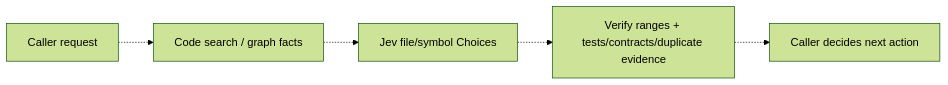
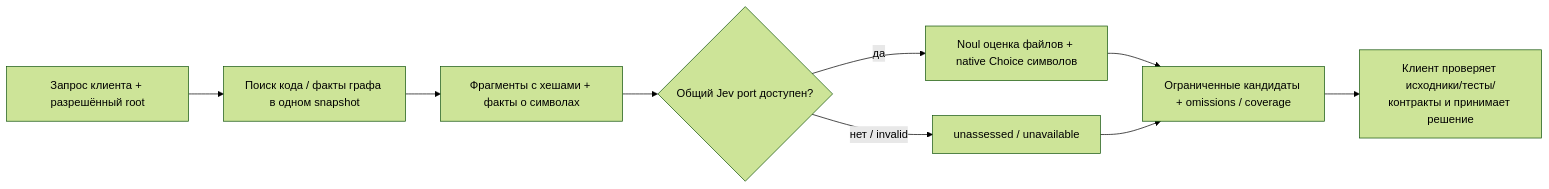
One commit to zoomplus/zorya-search changed the second of 2 diagrams in src/code/README.md. Above: the diagram before and after it, drawn with Mermaid (forest theme). The commit also changed other lines of this file and 18 other files, not shown here.

Commit message:
docs(search): explain Jev reuse flow and caller-controlled integration

````diff
--- a/src/code/README.md
+++ b/src/code/README.md
@@ -52,7 +52,11 @@
 ```mermaid
 flowchart LR
- A["Caller request"] -.-> B["Code search / graph facts"]
- B -.-> C["Jev file/symbol Choices"]
- C -.-> D["Verify ranges + tests/contracts/duplicate evidence"]
- D -.-> E["Caller decides next action"]
+ A["Запрос клиента + разрешённый root"] --> B["Поиск кода / факты графа в одном snapshot"]
+ B --> C["Фрагменты с хешами + факты о символах"]
+ C --> D{"Общий Jev port доступен?"}
+ D -->|"да"| E["Noul оценка файлов + native Choice символов"]
+ D -->|"нет / invalid"| F["unassessed / unavailable"]
+ E --> G["Ограниченные кандидаты + omissions / coverage"]
+ F --> G
+ G --> H["Клиент проверяет исходники/тесты/контракты и принимает решение"]
 ```
````
